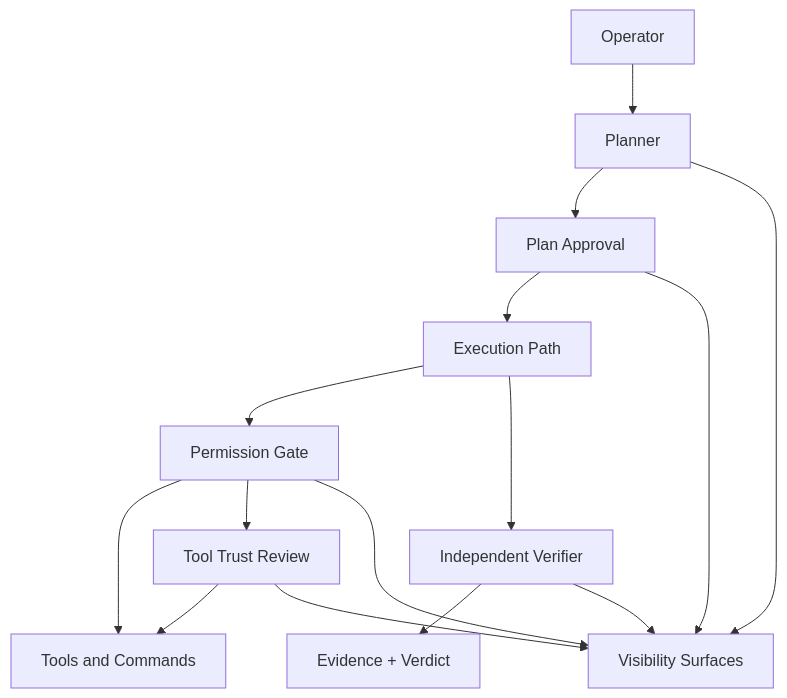
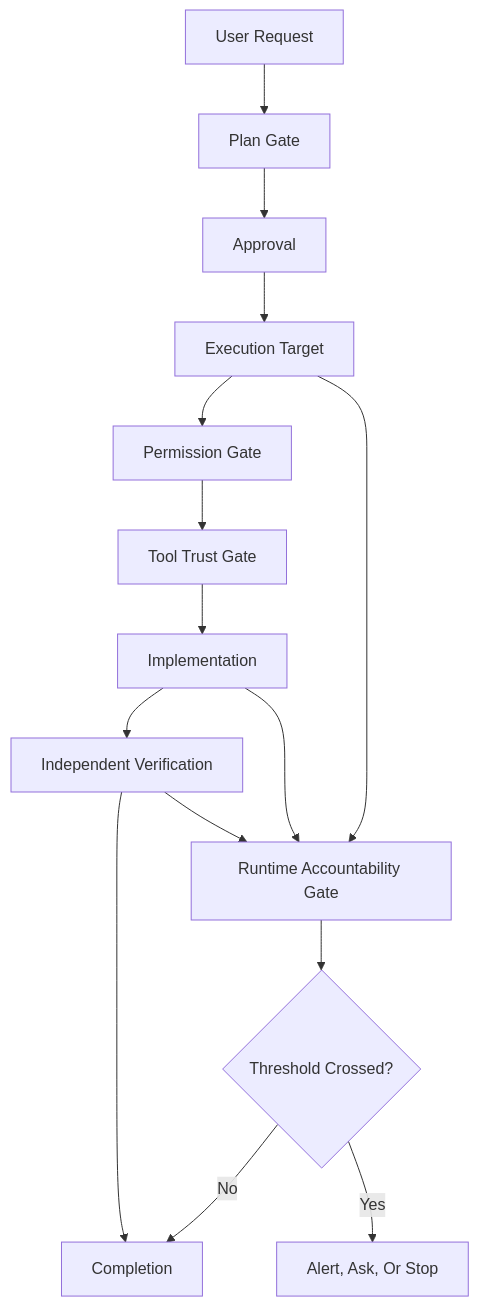
Before and after one commit to nnennandukwe/governed-agent-autonomy-patterns: the first of 7 diagrams in docs/diagrams.md, drawn with Mermaid. The commit also changed other lines of this file and 8 other files, not shown here.

````diff
--- a/docs/diagrams.md
+++ b/docs/diagrams.md
@@ -11,18 +13,18 @@
 ```mermaid
 flowchart TD
-  U["Operator"] --> P["Planner"]
-  P --> A["Plan Approval"]
-  A --> E["Execution Path"]
+  U["User Request"] --> P["Plan Gate"]
+  P --> A["Approval"]
+  A --> E["Execution Target"]
   E --> G["Permission Gate"]
-  G --> T["Tools and Commands"]
-  G --> R["Tool Trust Review"]
-  R --> T
-  E --> V["Independent Verifier"]
-  V --> D["Evidence + Verdict"]
+  G --> T["Tool Trust Gate"]
+  T --> I["Implementation"]
+  I --> V["Independent Verification"]
+  V --> C["Completion"]
 
-  P --> S["Visibility Surfaces"]
-  A --> S
-  G --> S
-  R --> S
-  V --> S
+  E --> R["Runtime Accountability Gate"]
+  I --> R
+  V --> R
+  R --> O{"Threshold Crossed?"}
+  O -- "No" --> C
+  O -- "Yes" --> X["Alert, Ask, Or Stop"]
 ```
````
